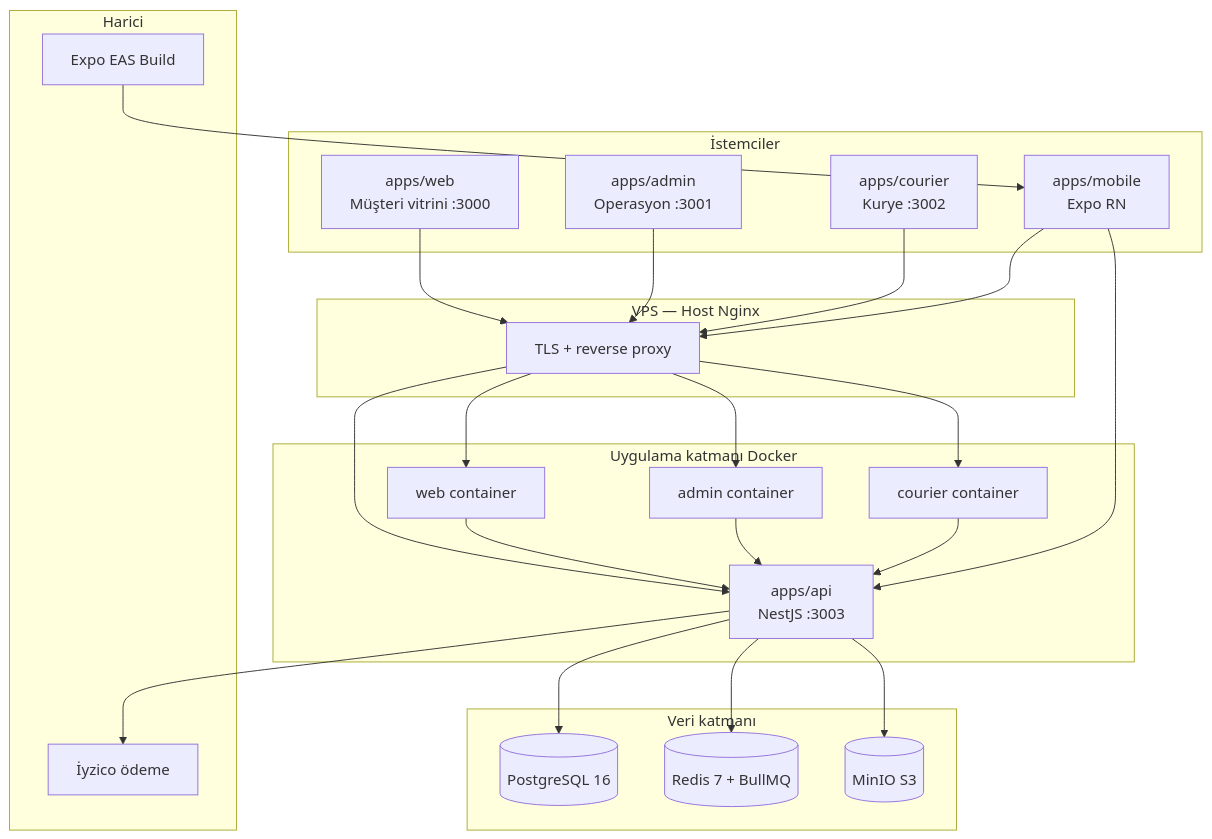
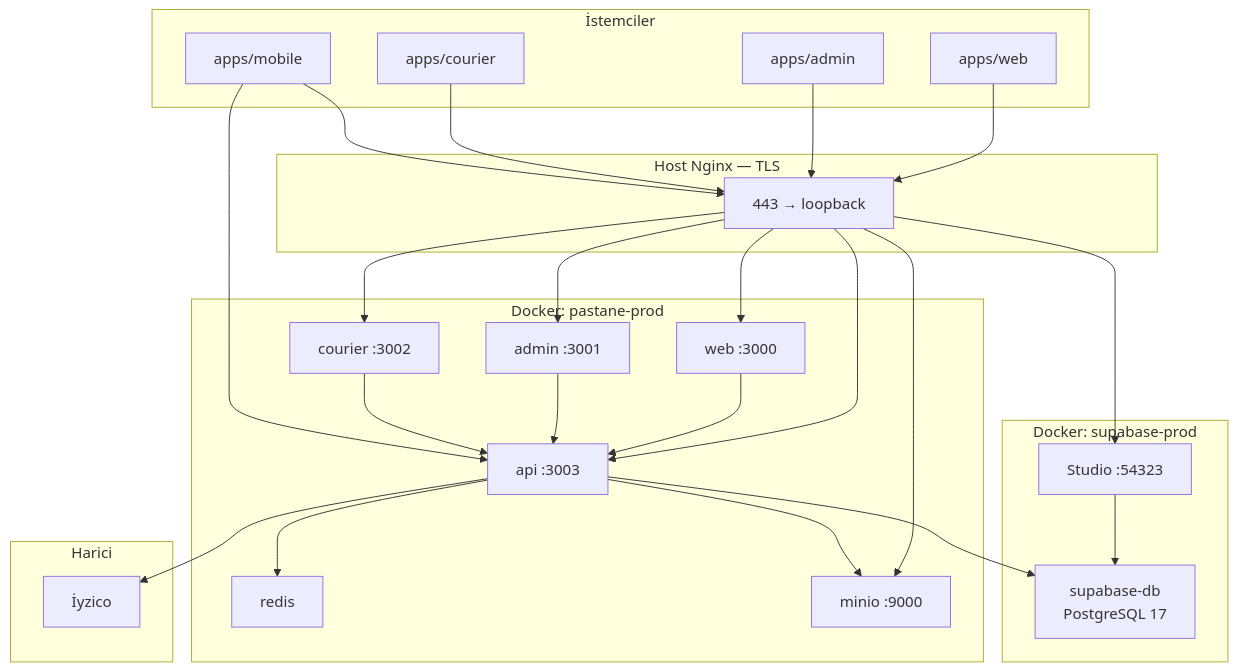
The first of 2 diagrams in docs/PROJE-TEKNIK-DOKUMANTASYON.md (firatemu/Pastane), drawn with Mermaid before and after one commit. The commit also changed other lines of this file and 41 other files, not shown here.

````diff
--- a/docs/PROJE-TEKNIK-DOKUMANTASYON.md
+++ b/docs/PROJE-TEKNIK-DOKUMANTASYON.md
@@ -103,42 +89,40 @@
 ```mermaid
 flowchart TB
   subgraph clients [İstemciler]
-    Web["apps/web\nMüşteri vitrini :3000"]
-    Admin["apps/admin\nOperasyon :3001"]
-    Courier["apps/courier\nKurye :3002"]
-    Mobile["apps/mobile\nExpo RN"]
+    Web["apps/web"]
+    Admin["apps/admin"]
+    Courier["apps/courier"]
+    Mobile["apps/mobile"]
   end
 
-  subgraph edge [VPS — Host Nginx]
-    Nginx["TLS + reverse proxy"]
+  subgraph edge [Host Nginx — TLS]
+    Nginx["443 → loopback"]
   end
 
-  subgraph apps [Uygulama katmanı Docker]
-    API["apps/api\nNestJS :3003"]
-    WebC["web container"]
-    AdminC["admin container"]
-    CourierC["courier container"]
+  subgraph pastane_prod [Docker: pastane-prod]
+    API["api :3003"]
+    WebC["web :3000"]
+    AdminC["admin :3001"]
+    CourierC["courier :3002"]
+    Redis["redis"]
+    MinIO["minio :9000"]
   end
 
-  subgraph data [Veri katmanı]
-    PG[(PostgreSQL 16)]
-    Redis[(Redis 7 + BullMQ)]
-    MinIO[(MinIO S3)]
+  subgraph supabase_prod [Docker: supabase-prod]
+    SupaDB["supabase-db\nPostgreSQL 17"]
+    Studio["Studio :54323"]
   end
 
   subgraph external [Harici]
-    Iyzico["İyzico ödeme"]
-    EAS["Expo EAS Build"]
+    Iyzico["İyzico"]
   end
 
-  Web --> Nginx
-  Admin --> Nginx
-  Courier --> Nginx
+  Web & Admin & Courier --> Nginx
   Mobile --> Nginx
-  Nginx --> WebC & AdminC & CourierC & API
+  Nginx --> WebC & AdminC & CourierC & API & MinIO & Studio
   WebC & AdminC & CourierC --> API
   Mobile --> API
-  API --> PG & Redis & MinIO
+  API --> SupaDB & Redis & MinIO
+  Studio --> SupaDB
   API --> Iyzico
-  EAS --> Mobile
 ```
````
